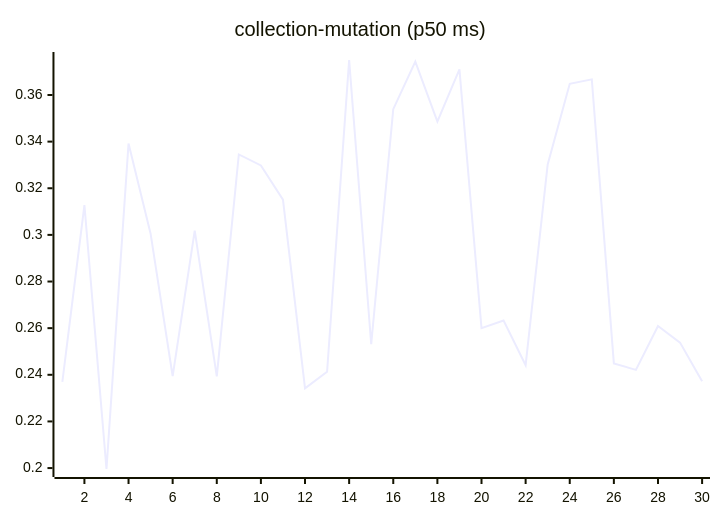
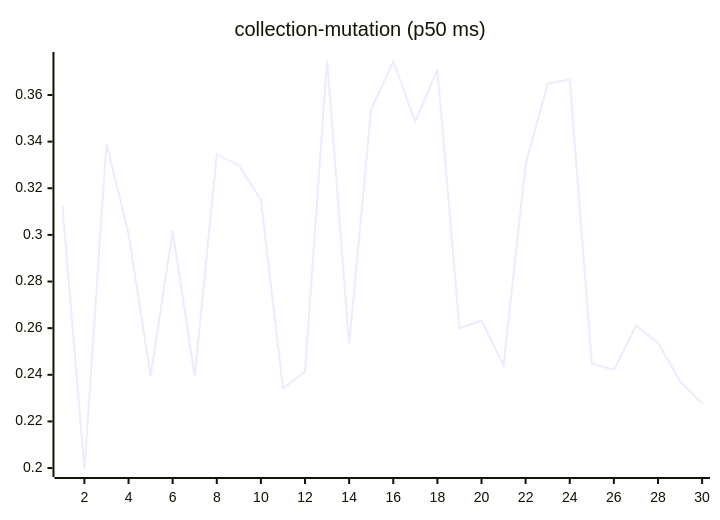
The sixth of 27 diagrams in README.md (josha/Facet), drawn with Mermaid before and after one commit. The commit also changed other lines of this file and 2 other files, not shown here.

````diff
--- a/README.md
+++ b/README.md
@@ -98,6 +98,6 @@
 ```mermaid
 xychart-beta
     title "collection-mutation (p50 ms)"
     x-axis 1 --> 30
-    line [0.2370, 0.3128, 0.1996, 0.3392, 0.3005, 0.2394, 0.3018, 0.2393, 0.3345, 0.3298, 0.3151, 0.2342, 0.2413, 0.3750, 0.2531, 0.3539, 0.3743, 0.3486, 0.3710, 0.2600, 0.2633, 0.2441, 0.3302, 0.3648, 0.3667, 0.2449, 0.2421, 0.2609, 0.2538, 0.2372]
+    line [0.3128, 0.1996, 0.3392, 0.3005, 0.2394, 0.3018, 0.2393, 0.3345, 0.3298, 0.3151, 0.2342, 0.2413, 0.3750, 0.2531, 0.3539, 0.3743, 0.3486, 0.3710, 0.2600, 0.2633, 0.2441, 0.3302, 0.3648, 0.3667, 0.2449, 0.2421, 0.2609, 0.2538, 0.2372, 0.2278]
 ```
````
